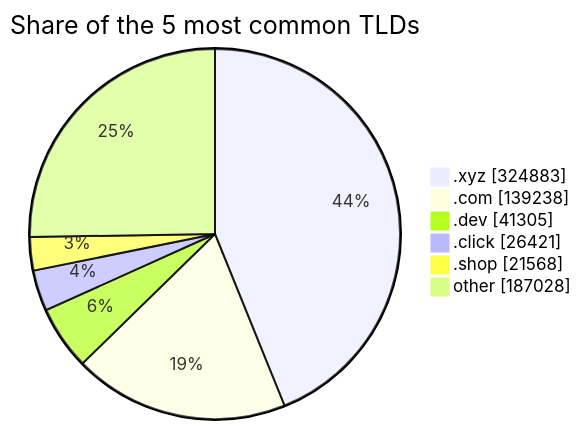
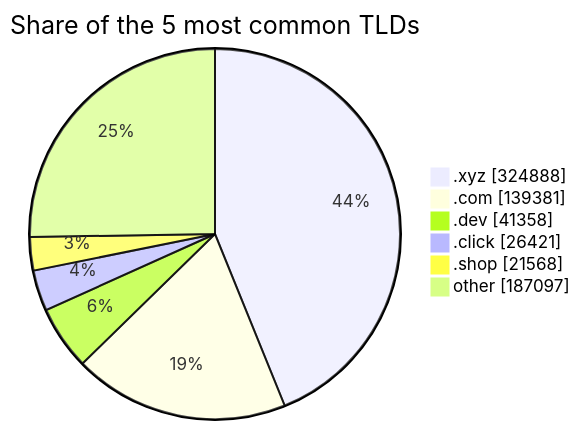
The third of 3 diagrams in README.md (DNSBunker/CTI), drawn with Mermaid before and after one commit. The commit also changed other lines of this file and 3 other files, not shown here.

````diff
--- a/README.md
+++ b/README.md
@@ -81,9 +81,9 @@
 ```mermaid
 pie showData title Share of the 5 most common TLDs
-    ".xyz" : 324883
-    ".com" : 139238
-    ".dev" : 41305
+    ".xyz" : 324888
+    ".com" : 139381
+    ".dev" : 41358
     ".click" : 26421
     ".shop" : 21568
-    "other" : 187028
+    "other" : 187097
 ```
````
